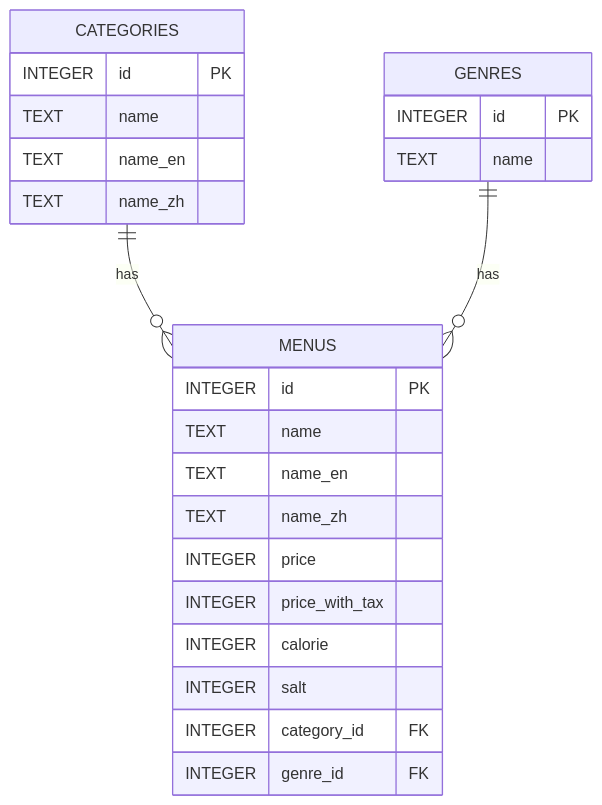
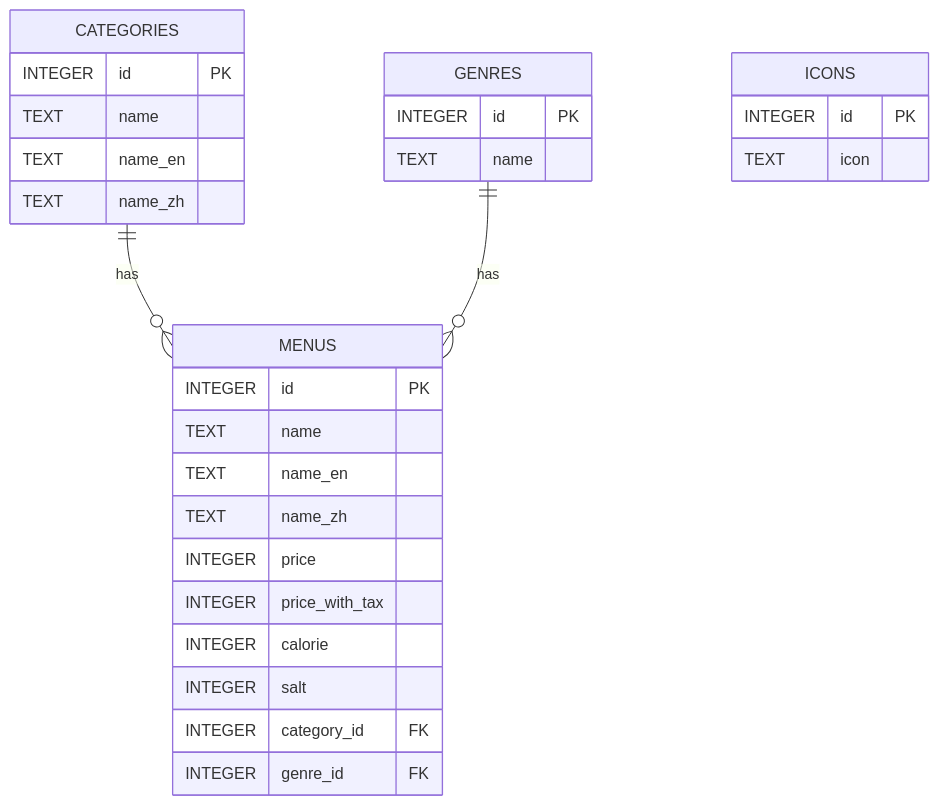
The diagram in docs/database.md (ryohidaka/saizeriya-menus), drawn with Mermaid before and after one commit. The commit also changed other lines of this file and 1 other file, not shown here.

Commit message:
feat: icons テーブルを追加

````diff
--- a/docs/database.md
+++ b/docs/database.md
@@ -5,30 +5,35 @@
 ```mermaid
 erDiagram
     CATEGORIES {
         INTEGER id PK
         TEXT name
         TEXT name_en
         TEXT name_zh
     }
 
     GENRES {
         INTEGER id PK
         TEXT name
+    }
+
+    ICONS {
+        INTEGER id PK
+        TEXT icon
     }
 
     MENUS {
         INTEGER id PK
         TEXT name
         TEXT name_en
         TEXT name_zh
         INTEGER price
         INTEGER price_with_tax
         INTEGER calorie
         INTEGER salt
         INTEGER category_id FK
         INTEGER genre_id FK
     }
 
     CATEGORIES ||--o{ MENUS: "has"
     GENRES ||--o{ MENUS: "has"
 ```
````
